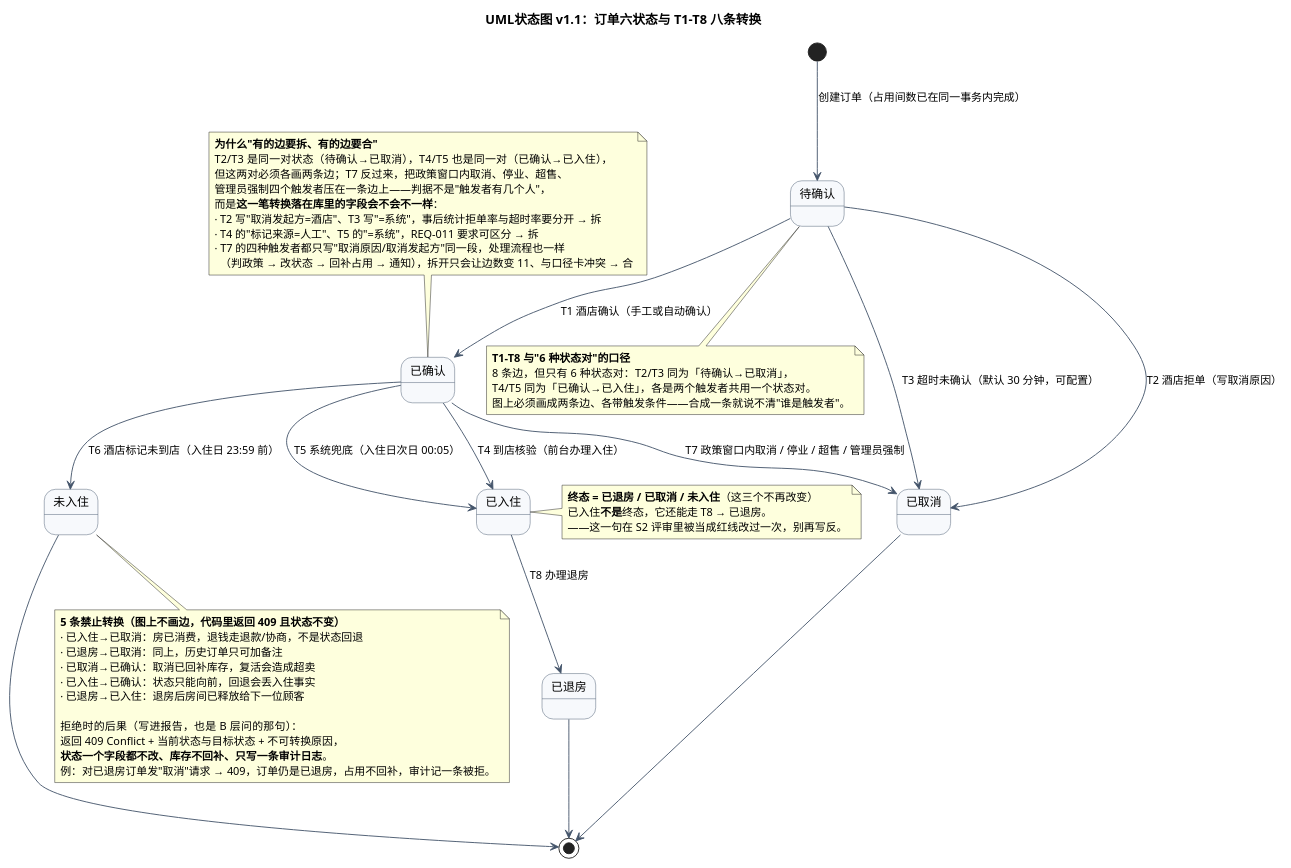
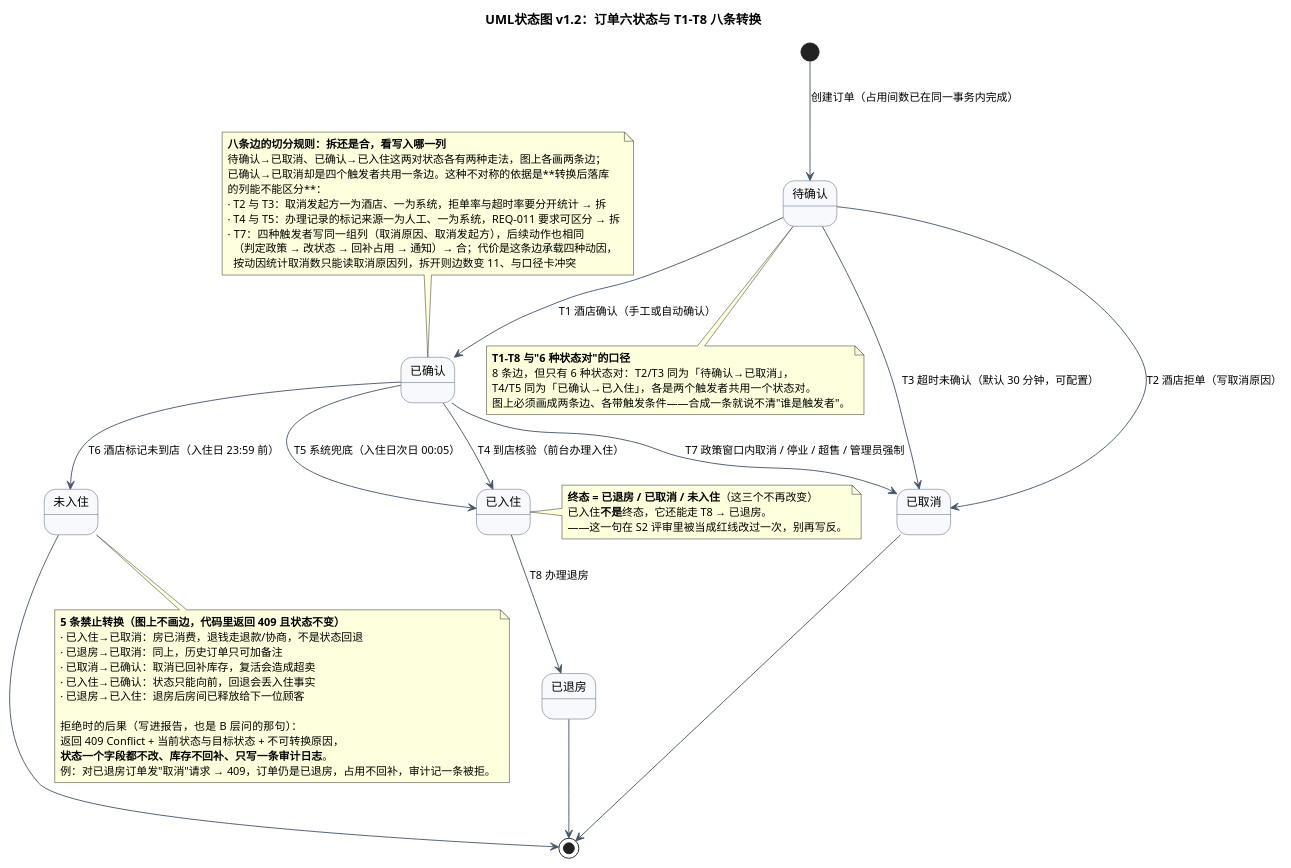
The diagram in exp2/UML/UML状态图.puml (ChenYiFanAccount/softeng-lab1-requirements), drawn with PlantUML before and after one commit. The commit also changed 7 other files, not shown here.

First line of the commit message:
[S3-fix] 行为图按 R-05~R-08 修订：21 个用例、边拆合规则、加锁与读取改顺序

```diff
--- a/exp2/UML/UML状态图.puml
+++ b/exp2/UML/UML状态图.puml
@@ -1,83 +1,83 @@
 @startuml
-' 版本：v1.1（2026-11-12，S3 行为图；人工复核后补 T7 合并理由）
+' 版本：v1.2（2026-11-12，S3 行为图；补八条边的切分规则说明）
 ' 口径来源：exp2/设计基线/01_术语与追溯.md §2（六状态字典 + T1–T8 + 5 条禁止转换）、
 '           exp2/设计基线/03_数据设计.md §2.6（订单状态字段）
 ' 硬约束：状态 = 6 个，带触发的转换边 = 8 条（T1–T8），与口径卡"8 条边 / 6 种状态对"逐条一致；
 '         5 条禁止转换画在注释里，不画成边——画成边就等于允许，评审会直接判红线。
-title UML状态图 v1.1：订单六状态与 T1–T8 八条转换
+title UML状态图 v1.2：订单六状态与 T1–T8 八条转换
 
 skinparam shadowing false
 skinparam defaultFontSize 12
 skinparam ArrowColor #44546A
 skinparam state {
   BackgroundColor #F7F9FC
   BorderColor #44546A
   FontSize 13
 }
 
 state "待确认" as PENDING
 state "已确认" as CONFIRMED
 state "已入住" as CHECKED_IN
 state "已退房" as CHECKED_OUT
 state "已取消" as CANCELLED
 state "未入住" as NO_SHOW
 
 [*] --> PENDING : 创建订单（占用间数已在同一事务内完成）
 
 ' ---------- T1–T3：待确认的两条出路 ----------
 PENDING --> CONFIRMED : T1 酒店确认（手工或自动确认）
 PENDING --> CANCELLED : T2 酒店拒单（写取消原因）
 PENDING --> CANCELLED : T3 超时未确认（默认 30 分钟，可配置）
 
 ' ---------- T4–T7：已确认的四条出路 ----------
 CONFIRMED --> CHECKED_IN : T4 到店核验（前台办理入住）
 CONFIRMED --> CHECKED_IN : T5 系统兜底（入住日次日 00:05）
 CONFIRMED --> NO_SHOW : T6 酒店标记未到店（入住日 23:59 前）
 CONFIRMED --> CANCELLED : T7 政策窗口内取消 / 停业 / 超售 / 管理员强制
 
 ' ---------- T8：已入住的唯一出路 ----------
 CHECKED_IN --> CHECKED_OUT : T8 办理退房
 
 CHECKED_OUT --> [*]
 CANCELLED --> [*]
 NO_SHOW --> [*]
 
 note bottom of PENDING
   **T1–T8 与"6 种状态对"的口径**
   8 条边，但只有 6 种状态对：T2/T3 同为「待确认→已取消」，
   T4/T5 同为「已确认→已入住」，各是两个触发者共用一个状态对。
   图上必须画成两条边、各带触发条件——合成一条就说不清"谁是触发者"。
 end note
 
 note right of CHECKED_IN
   **终态 = 已退房 / 已取消 / 未入住**（这三个不再改变）
   已入住**不是**终态，它还能走 T8 → 已退房。
   ——这一句在 S2 评审里被当成红线改过一次，别再写反。
 end note
 
 note bottom of NO_SHOW
   **5 条禁止转换（图上不画边，代码里返回 409 且状态不变）**
   · 已入住→已取消：房已消费，退钱走退款/协商，不是状态回退
   · 已退房→已取消：同上，历史订单只可加备注
   · 已取消→已确认：取消已回补库存，复活会造成超卖
   · 已入住→已确认：状态只能向前，回退会丢入住事实
   · 已退房→已入住：退房后房间已释放给下一位顾客
 
   拒绝时的后果（写进报告，也是 B 层问的那句）：
   返回 409 Conflict + 当前状态与目标状态 + 不可转换原因，
   **状态一个字段都不改、库存不回补、只写一条审计日志**。
   例：对已退房订单发"取消"请求 → 409，订单仍是已退房，占用不回补，审计记一条被拒。
 end note
 
 note top of CONFIRMED
-  **为什么"有的边要拆、有的边要合"**
-  T2/T3 是同一对状态（待确认→已取消），T4/T5 也是同一对（已确认→已入住），
-  但这两对必须各画两条边；T7 反过来，把政策窗口内取消、停业、超售、
-  管理员强制四个触发者压在一条边上——判据不是"触发者有几个人"，
-  而是**这一笔转换落在库里的字段会不会不一样**：
-  · T2 写"取消发起方=酒店"、T3 写"=系统"，事后统计拒单率与超时率要分开 → 拆
-  · T4 的"标记来源=人工"、T5 的"=系统"，REQ-011 要求可区分 → 拆
-  · T7 的四种触发者都只写"取消原因/取消发起方"同一段，处理流程也一样
-    （判政策 → 改状态 → 回补占用 → 通知），拆开只会让边数变 11、与口径卡冲突 → 合
+  **八条边的切分规则：拆还是合，看写入哪一列**
+  待确认→已取消、已确认→已入住这两对状态各有两种走法，图上各画两条边；
+  已确认→已取消却是四个触发者共用一条边。这种不对称的依据是**转换后落库
+  的列能不能区分**：
+  · T2 与 T3：取消发起方一为酒店、一为系统，拒单率与超时率要分开统计 → 拆
+  · T4 与 T5：办理记录的标记来源一为人工、一为系统，REQ-011 要求可区分 → 拆
+  · T7：四种触发者写同一组列（取消原因、取消发起方），后续动作也相同
+    （判定政策 → 改状态 → 回补占用 → 通知）→ 合；代价是这条边承载四种动因，
+    按动因统计取消数只能读取消原因列，拆开则边数变 11、与口径卡冲突
 end note
 @enduml
```
